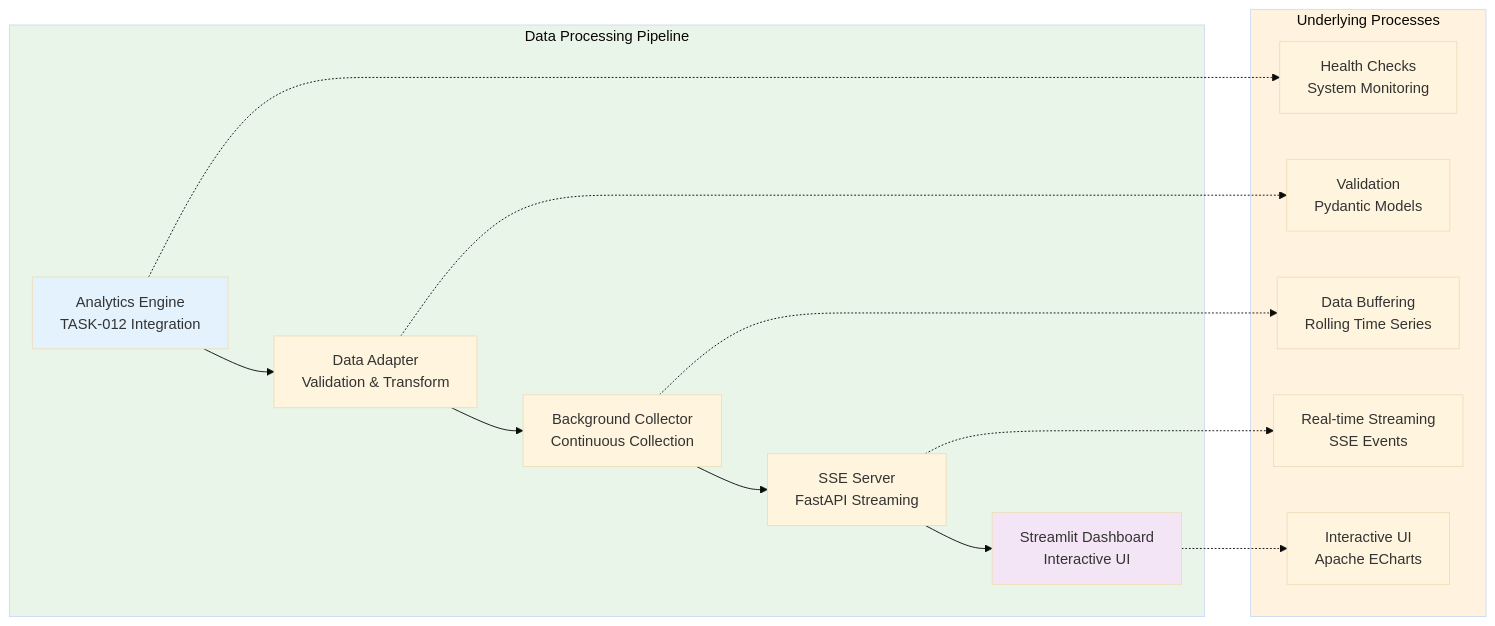
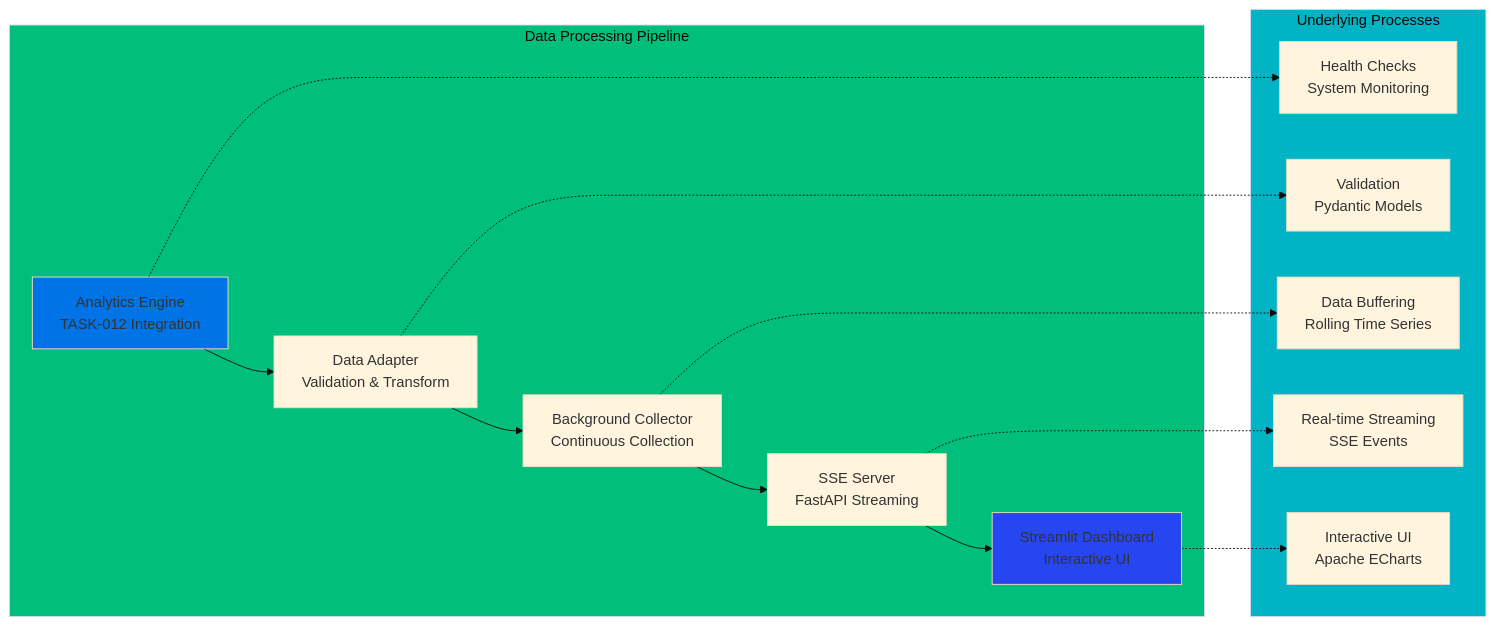
Before and after one commit to elementalcollision/GraphMemory-IDE: the eighth of 17 diagrams in README.md, drawn with Mermaid (base theme). The commit also changed other lines of this file, not shown here.

Commit message:
feat: Apply vibrant color palette to all Mermaid diagrams for improved readability and visual consistency

````diff
--- a/README.md
+++ b/README.md
@@ -488,34 +488,34 @@
 ```mermaid
 flowchart LR
     subgraph MainFlow["Data Processing Pipeline"]
         AnalyticsEngine[Analytics Engine<br/>TASK-012 Integration]
         DataAdapter[Data Adapter<br/>Validation & Transform]
         BackgroundCollector[Background Collector<br/>Continuous Collection]
         SSEServer[SSE Server<br/>FastAPI Streaming]
         StreamlitDashboard[Streamlit Dashboard<br/>Interactive UI]
     end
     
     subgraph UnderlyingProcesses["Underlying Processes"]
         HealthChecks[Health Checks<br/>System Monitoring]
         Validation[Validation<br/>Pydantic Models]
         DataBuffering[Data Buffering<br/>Rolling Time Series]
         RealtimeStreaming[Real-time Streaming<br/>SSE Events]
         InteractiveUI[Interactive UI<br/>Apache ECharts]
     end
     
     AnalyticsEngine --> DataAdapter
     DataAdapter --> BackgroundCollector
     BackgroundCollector --> SSEServer
     SSEServer --> StreamlitDashboard
     
     AnalyticsEngine -.-> HealthChecks
     DataAdapter -.-> Validation
     BackgroundCollector -.-> DataBuffering
     SSEServer -.-> RealtimeStreaming
     StreamlitDashboard -.-> InteractiveUI
     
-    style MainFlow fill:#e8f5e8
-    style UnderlyingProcesses fill:#fff3e0
-    style AnalyticsEngine fill:#e3f2fd
-    style StreamlitDashboard fill:#f3e5f5
+    style MainFlow fill:#00bf7d
+    style UnderlyingProcesses fill:#00b4c5
+    style AnalyticsEngine fill:#0073e6
+    style StreamlitDashboard fill:#2546f0
 ```
````
